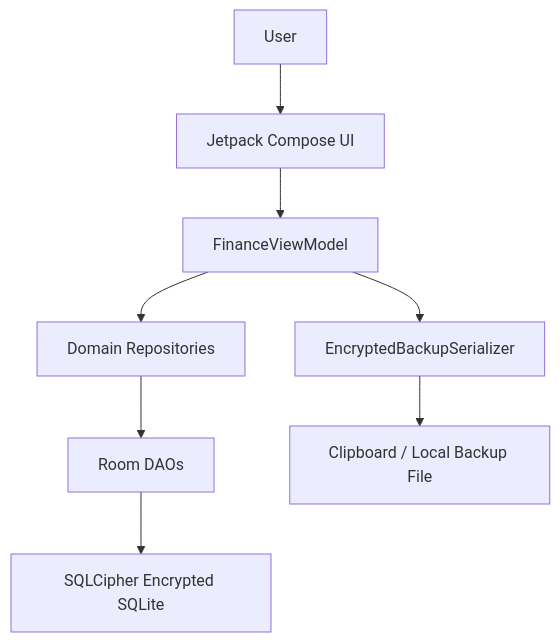
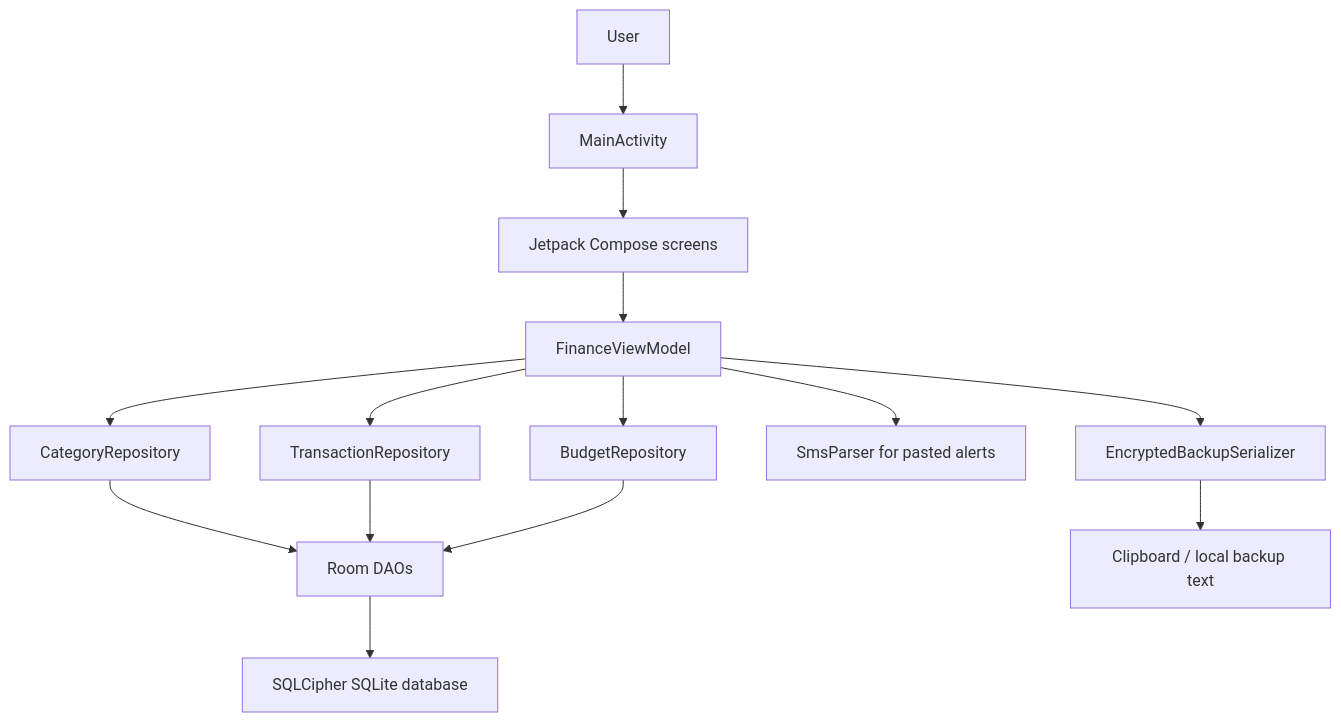
The diagram in README.md (michaelsam94/Micro-Budgeting), drawn with Mermaid before and after one commit. The commit also changed other lines of this file and 47 other files, not shown here.

````diff
--- a/README.md
+++ b/README.md
@@ -36,10 +46,16 @@
 ```mermaid
 flowchart TD
-    User["User"] --> UI["Jetpack Compose UI"]
+    User["User"] --> Activity["MainActivity"]
+    Activity --> UI["Jetpack Compose screens"]
     UI --> VM["FinanceViewModel"]
-    VM --> Repos["Domain Repositories"]
-    Repos --> Room["Room DAOs"]
-    Room --> DB["SQLCipher Encrypted SQLite"]
+    VM --> CategoryRepo["CategoryRepository"]
+    VM --> TransactionRepo["TransactionRepository"]
+    VM --> BudgetRepo["BudgetRepository"]
+    CategoryRepo --> Room["Room DAOs"]
+    TransactionRepo --> Room
+    BudgetRepo --> Room
+    Room --> SQLCipher["SQLCipher SQLite database"]
+    VM --> Parser["SmsParser for pasted alerts"]
     VM --> Backup["EncryptedBackupSerializer"]
-    Backup --> Clipboard["Clipboard / Local Backup File"]
+    Backup --> Clipboard["Clipboard / local backup text"]
 ```
````
